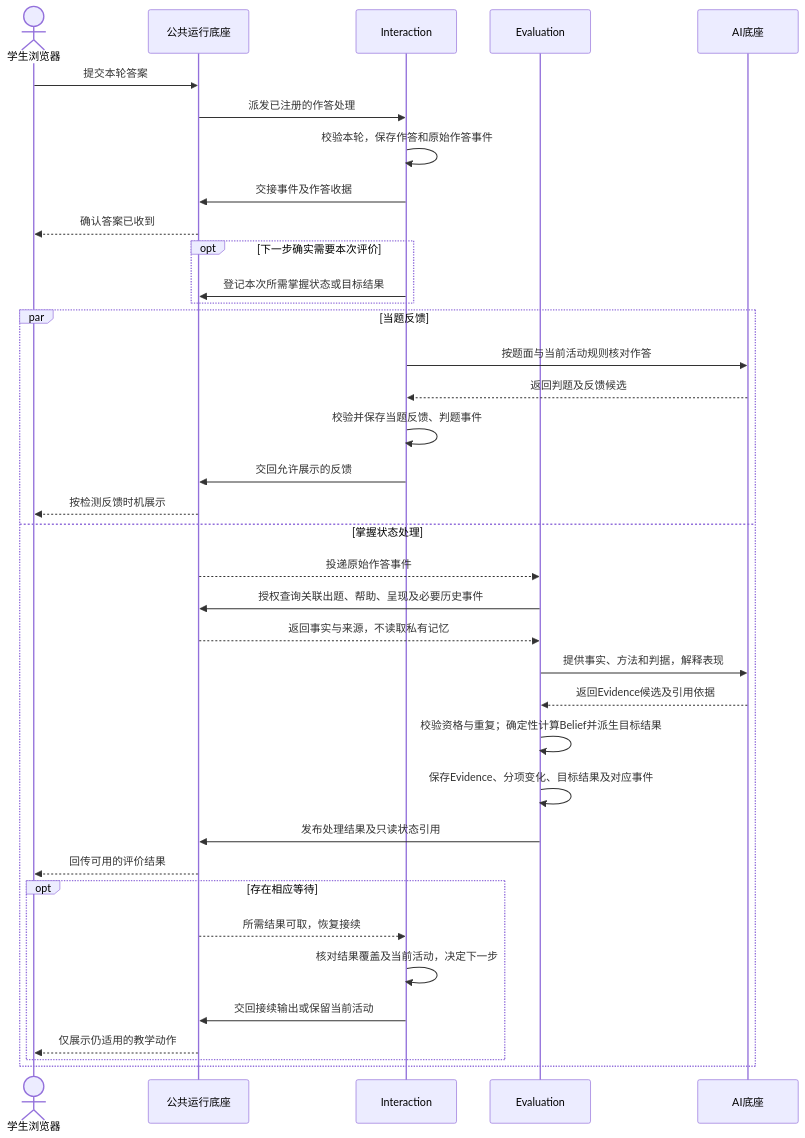
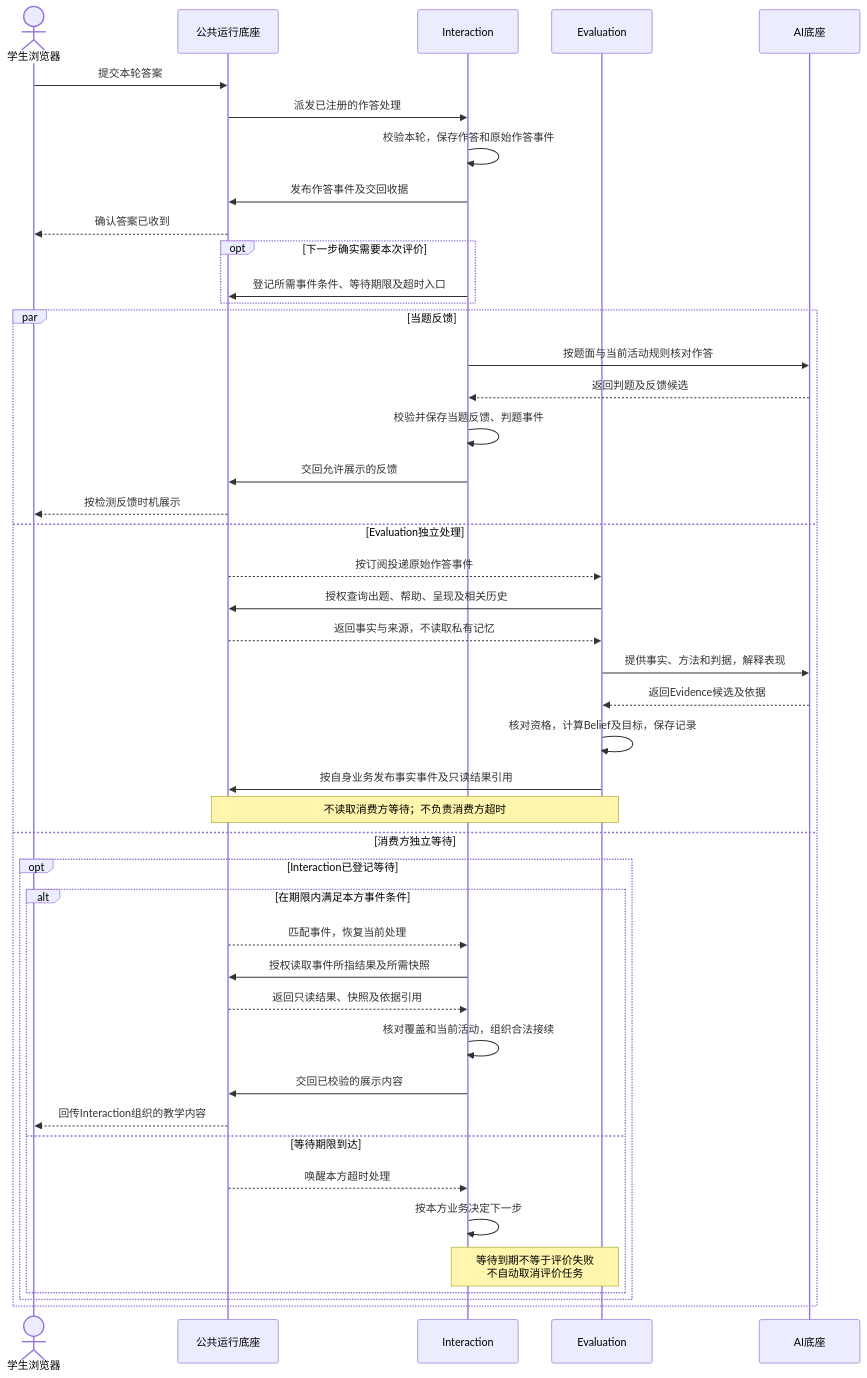
One commit to ivgotcrazy/deermind changed the seventh of 10 diagrams in doc/mvp/m1/engineering/System_Design.md. Above: the diagram before and after it, drawn with Mermaid. The commit also changed other lines of this file and 13 other files, not shown here.

````diff
--- a/doc/mvp/m1/engineering/System_Design.md
+++ b/doc/mvp/m1/engineering/System_Design.md
@@ -356,39 +392,47 @@
 ```mermaid
 sequenceDiagram
   actor S as 学生浏览器
   participant R as 公共运行底座
   participant I as Interaction
   participant E as Evaluation
   participant AI as AI底座
   S->>R: 提交本轮答案
   R->>I: 派发已注册的作答处理
   I->>I: 校验本轮，保存作答和原始作答事件
-  I->>R: 交接事件及作答收据
+  I->>R: 发布作答事件及交回收据
   R-->>S: 确认答案已收到
   opt 下一步确实需要本次评价
-    I->>R: 登记本次所需掌握状态或目标结果
+    I->>R: 登记所需事件条件、等待期限及超时入口
   end
   par 当题反馈
     I->>AI: 按题面与当前活动规则核对作答
     AI-->>I: 返回判题及反馈候选
     I->>I: 校验并保存当题反馈、判题事件
     I->>R: 交回允许展示的反馈
     R-->>S: 按检测反馈时机展示
-  and 掌握状态处理
-    R-->>E: 投递原始作答事件
-    E->>R: 授权查询关联出题、帮助、呈现及必要历史事件
+  and Evaluation独立处理
+    R-->>E: 按订阅投递原始作答事件
+    E->>R: 授权查询出题、帮助、呈现及相关历史
     R-->>E: 返回事实与来源，不读取私有记忆
     E->>AI: 提供事实、方法和判据，解释表现
-    AI-->>E: 返回Evidence候选及引用依据
-    E->>E: 校验资格与重复；确定性计算Belief并派生目标结果
-    E->>E: 保存Evidence、分项变化、目标结果及对应事件
-    E->>R: 发布处理结果及只读状态引用
-    R-->>S: 回传可用的评价结果
-    opt 存在相应等待
-      R-->>I: 所需结果可取，恢复接续
-      I->>I: 核对结果覆盖及当前活动，决定下一步
-      I->>R: 交回接续输出或保留当前活动
-      R-->>S: 仅展示仍适用的教学动作
+    AI-->>E: 返回Evidence候选及依据
+    E->>E: 核对资格，计算Belief及目标，保存记录
+    E->>R: 按自身业务发布事实事件及只读结果引用
+    Note over E,R: 不读取消费方等待；不负责消费方超时
+  and 消费方独立等待
+    opt Interaction已登记等待
+      alt 在期限内满足本方事件条件
+        R-->>I: 匹配事件，恢复当前处理
+        I->>R: 授权读取事件所指结果及所需快照
+        R-->>I: 返回只读结果、快照及依据引用
+        I->>I: 核对覆盖和当前活动，组织合法接续
+        I->>R: 交回已校验的展示内容
+        R-->>S: 回传Interaction组织的教学内容
+      else 等待期限到达
+        R-->>I: 唤醒本方超时处理
+        I->>I: 按本方业务决定下一步
+        Note over I,E: 等待到期不等于评价失败<br/>不自动取消评价任务
+      end
     end
   end
 ```
````
